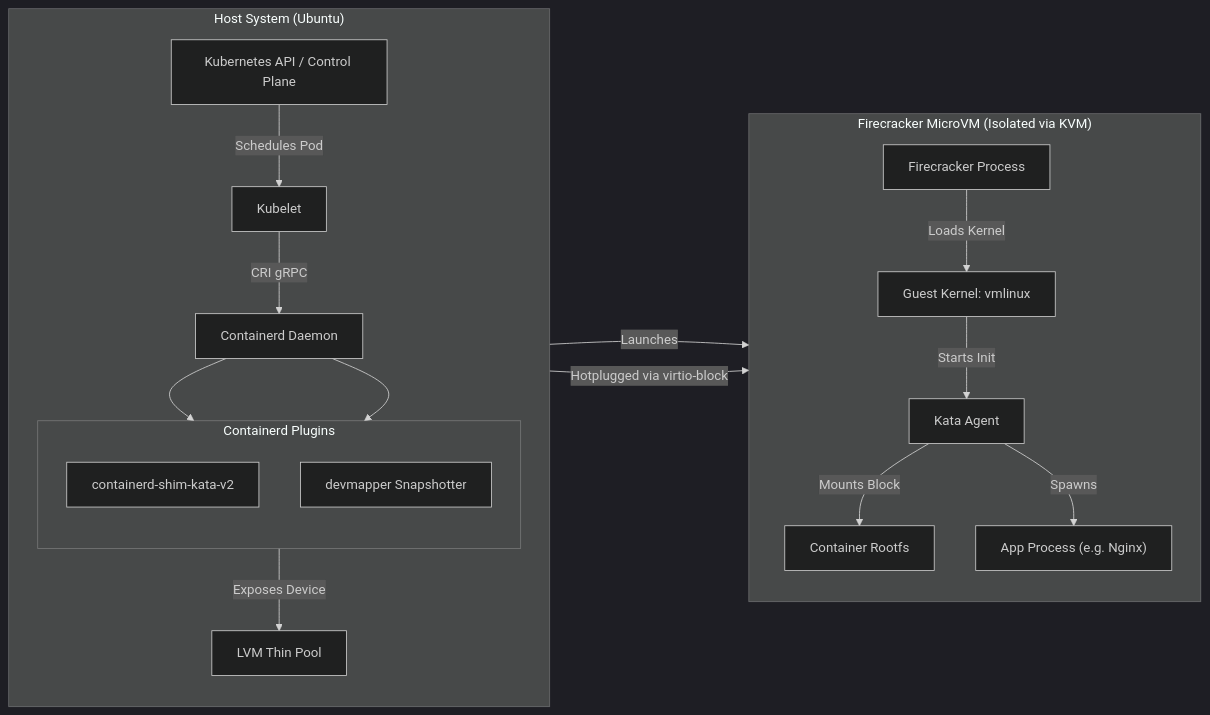
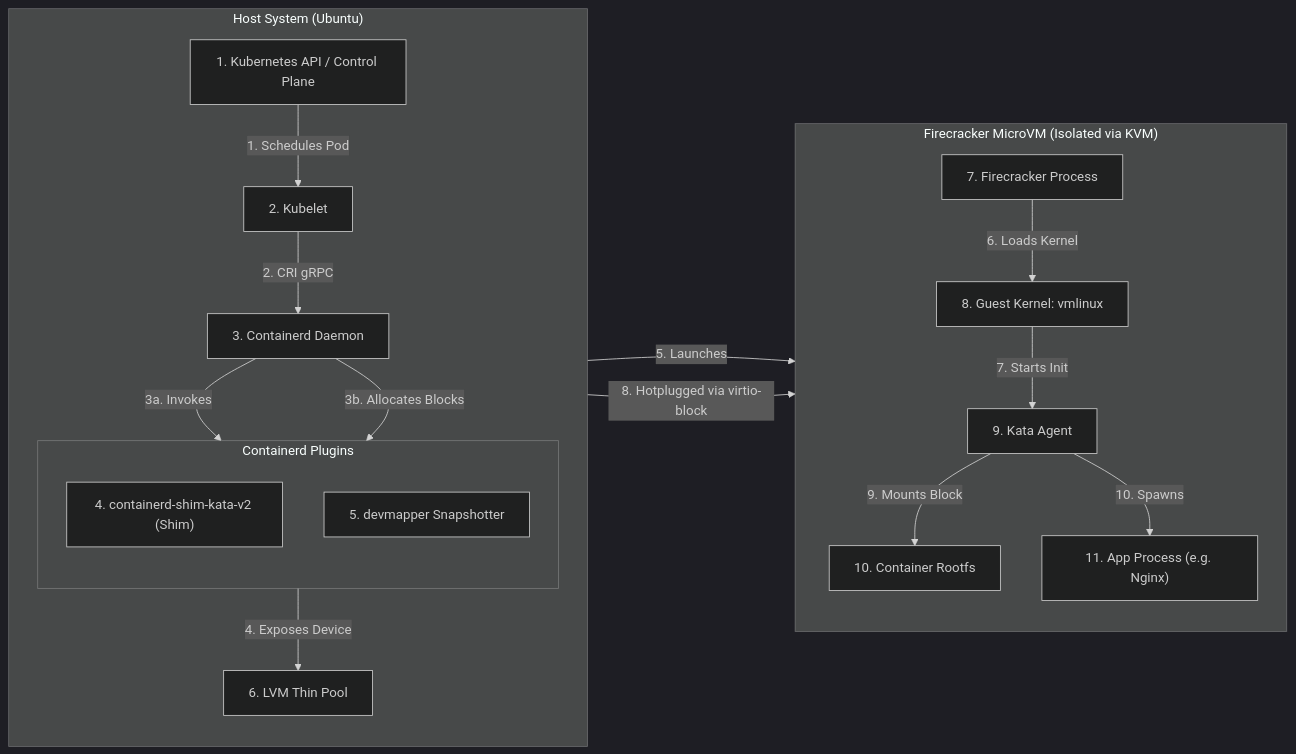
Before and after one commit to 01cloud/01-Sandbox: the diagram in docs/kata-firecracker/kata-firecracker-deepdive.md, drawn with Mermaid (dark theme).

Commit message:
docs(deepdive): add sequence numbers to architecture diagram

````diff
--- a/docs/kata-firecracker/kata-firecracker-deepdive.md
+++ b/docs/kata-firecracker/kata-firecracker-deepdive.md
@@ -13,29 +13,29 @@
 ```mermaid
 graph LR
     subgraph Host ["Host System (Ubuntu)"]
         direction TB
-        K8s[Kubernetes API / Control Plane] -->|Schedules Pod| Kubelet[Kubelet]
-        Kubelet -->|CRI gRPC| Containerd[Containerd Daemon]
+        K8s["1. Kubernetes API / Control Plane"] -->|1. Schedules Pod| Kubelet["2. Kubelet"]
+        Kubelet -->|2. CRI gRPC| Containerd["3. Containerd Daemon"]
 
         subgraph Plugins ["Containerd Plugins"]
             direction TB
-            Shim[containerd-shim-kata-v2]
-            DevMapper[devmapper Snapshotter]
+            Shim["4. containerd-shim-kata-v2 (Shim)"]
+            DevMapper["5. devmapper Snapshotter"]
         end
 
-        Containerd --> Shim
-        Containerd --> DevMapper
-        DevMapper -->|Exposes Device| LVM[LVM Thin Pool]
+        Containerd -->|3a. Invokes| Shim
+        Containerd -->|3b. Allocates Blocks| DevMapper
+        DevMapper -->|4. Exposes Device| LVM["6. LVM Thin Pool"]
     end
 
     subgraph VM ["Firecracker MicroVM (Isolated via KVM)"]
         direction TB
-        FC[Firecracker Process] -->|Loads Kernel| Kernel[Guest Kernel: vmlinux]
-        Kernel -->|Starts Init| Agent[Kata Agent]
-        Agent -->|Mounts Block| Rootfs[Container Rootfs]
-        Agent -->|Spawns| Application["App Process (e.g. Nginx)"]
+        FC["7. Firecracker Process"] -->|6. Loads Kernel| Kernel["8. Guest Kernel: vmlinux"]
+        Kernel -->|7. Starts Init| Agent["9. Kata Agent"]
+        Agent -->|9. Mounts Block| Rootfs["10. Container Rootfs"]
+        Agent -->|10. Spawns| Application["11. App Process (e.g. Nginx)"]
     end
 
-    Shim -->|Launches| FC
-    LVM -->|Hotplugged via virtio-block| Rootfs
+    Shim -->|5. Launches| FC
+    LVM -->|8. Hotplugged via virtio-block| Rootfs
 ```
````
